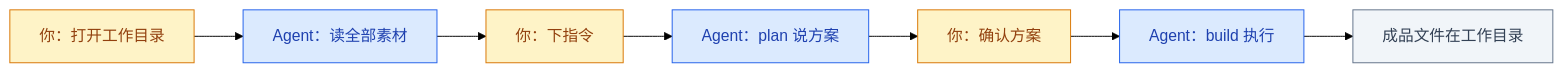
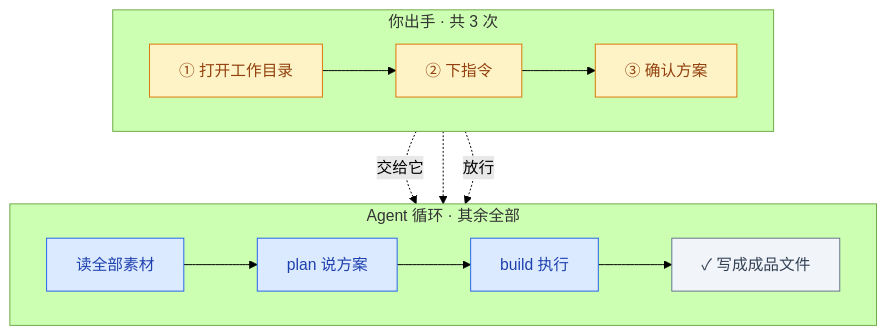
The sixth of 10 diagrams in ppt/ppt1-intro/opencode-getting-started.md (masonsxu/notes), drawn with Mermaid (forest theme) before and after one commit. The commit also changed other lines of this file and 1 other file, not shown here.

First line of the commit message:
refactor: 依 design-doc-mermaid 标准重检全部图表（17→22 张）

````diff
--- a/ppt/ppt1-intro/opencode-getting-started.md
+++ b/ppt/ppt1-intro/opencode-getting-started.md
@@ -297,13 +324,19 @@
 ```mermaid
-flowchart LR
+flowchart TB
     classDef human fill:#FEF3C7,stroke:#D97706,color:#92400E
     classDef agent fill:#DBEAFE,stroke:#2563EB,color:#1E40AF
     classDef artifact fill:#F1F5F9,stroke:#64748B,color:#334155
 
-    Y1["你：打开工作目录"]:::human --> A1["Agent：读全部素材"]:::agent
-    A1 --> Y2["你：下指令"]:::human
-    Y2 --> A2["Agent：plan 说方案"]:::agent
-    A2 --> Y3["你：确认方案"]:::human
-    Y3 --> A3["Agent：build 执行"]:::agent
-    A3 --> A4["成品文件在工作目录"]:::artifact
+    subgraph YOU["你出手 · 共 3 次"]
+        direction LR
+        Y1["① 打开工作目录"]:::human --> Y2["② 下指令"]:::human --> Y3["③ 确认方案"]:::human
+    end
+    subgraph LOOP["Agent 循环 · 其余全部"]
+        direction LR
+        A1["读全部素材"]:::agent --> A2["plan 说方案"]:::agent
+        A2 --> A3["build 执行"]:::agent --> A4["✓ 写成成品文件"]:::artifact
+    end
+    Y1 -.->|"交给它"| A1
+    Y2 -.-> A2
+    Y3 -.->|"放行"| A3
 ```
````
